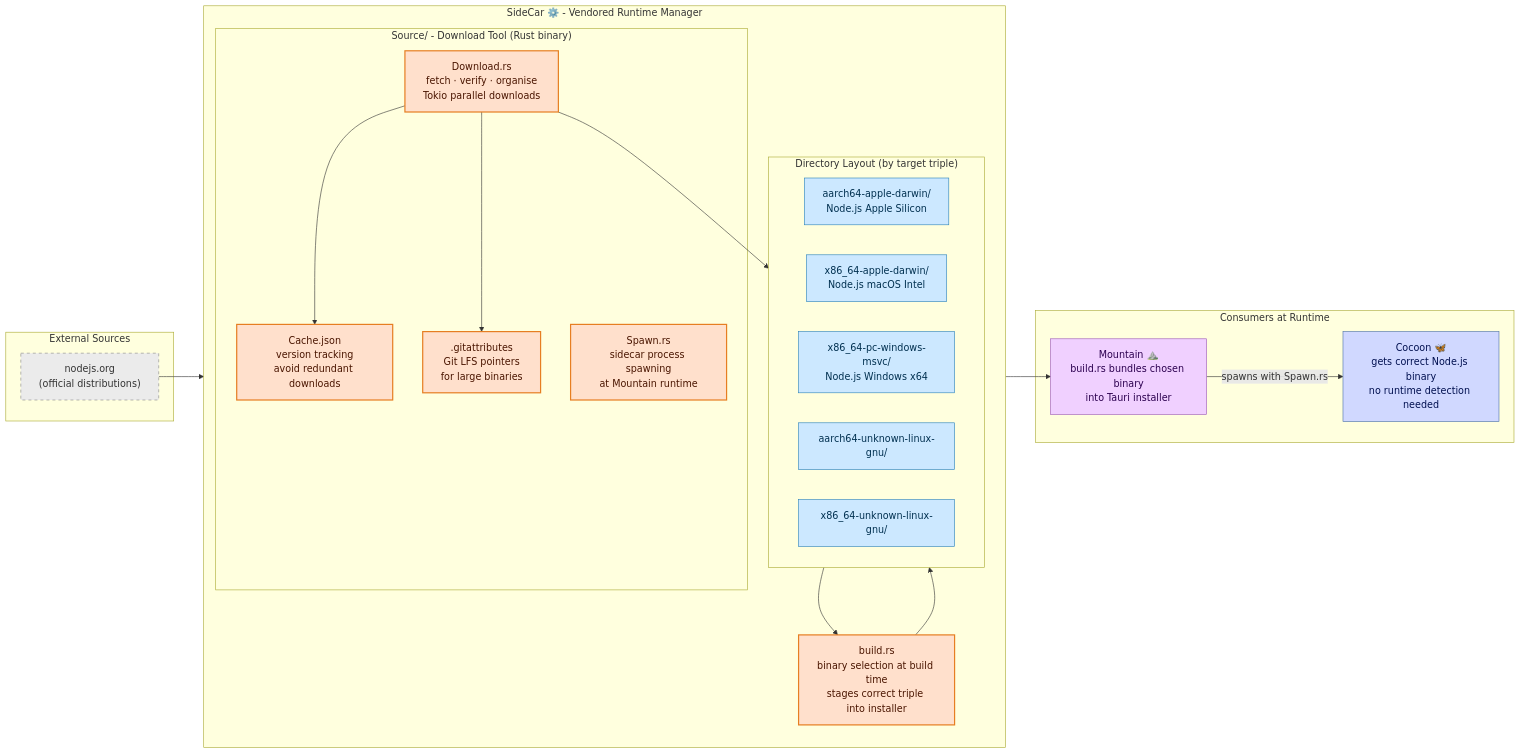
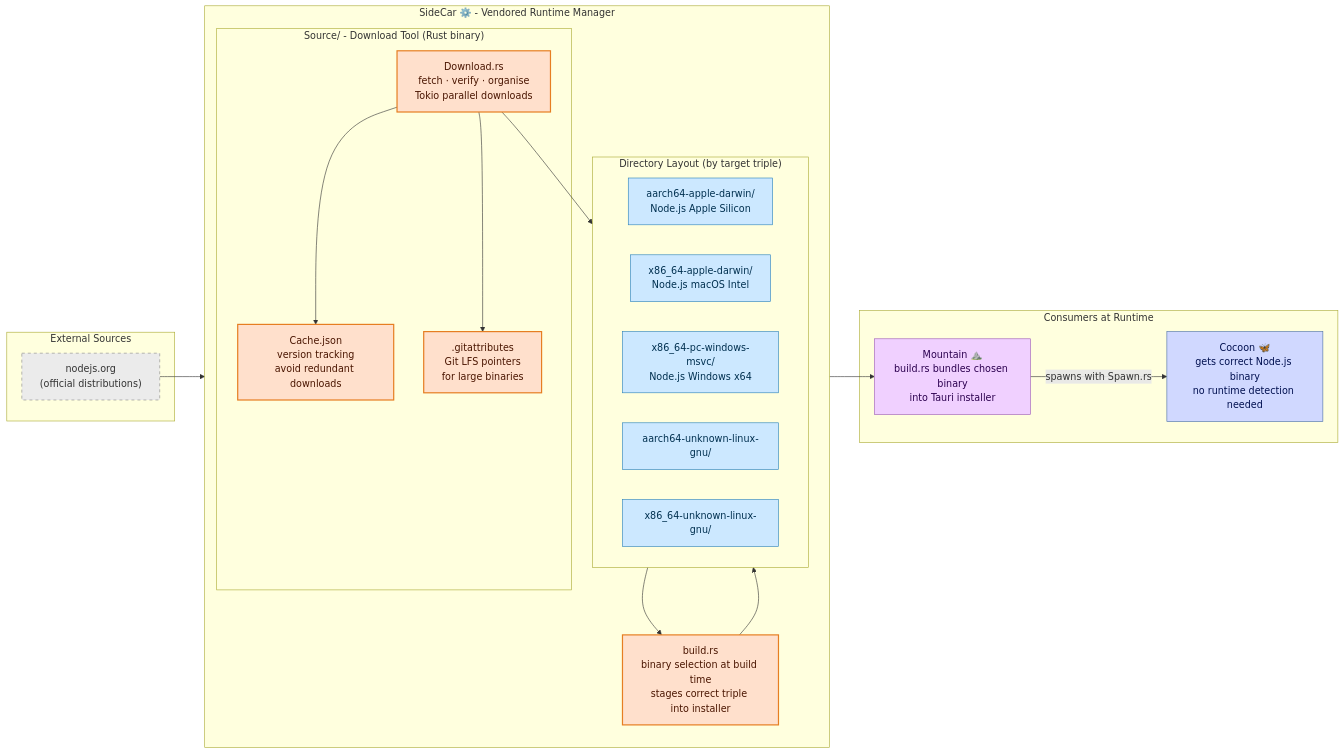
Before and after one commit to CodeEditorLand/SideCar: the diagram in README.md, drawn with Mermaid. The commit also changed other lines of this file and 5 other files, not shown here.

````diff
--- a/README.md
+++ b/README.md
@@ -165,45 +165,44 @@
 ```mermaid
 graph LR
     classDef sidecar  fill:#ffe0cc,stroke:#e67e22,stroke-width:2px,color:#4a1500;
     classDef external fill:#ebebeb,stroke:#888,stroke-width:1px,stroke-dasharray:5 5,color:#333;
     classDef storage  fill:#cce8ff,stroke:#2980b9,stroke-width:1px,color:#003050;
     classDef mountain fill:#f0d0ff,stroke:#9b59b6,stroke-width:1px,color:#2c0050;
     classDef cocoon   fill:#d0d8ff,stroke:#4a6fa5,stroke-width:1px,color:#001050;
 
     subgraph SOURCES["External Sources"]
         NodeJSOrg["nodejs.org\n(official distributions)"]:::external
     end
 
     subgraph SIDECAR["SideCar ⚙️ - Vendored Runtime Manager"]
         direction TB
         subgraph TOOL["Source/ - Download Tool (Rust binary)"]
             DownloadBin["Download.rs\nfetch · verify · organise\nTokio parallel downloads"]:::sidecar
-            SpawnBin["Spawn.rs\nsidecar process spawning\nat Mountain runtime"]:::sidecar
             CacheJSON["Cache.json\nversion tracking\navoid redundant downloads"]:::sidecar
             GitLFS[".gitattributes\nGit LFS pointers\nfor large binaries"]:::sidecar
             DownloadBin --> CacheJSON
             DownloadBin --> GitLFS
         end
         subgraph LAYOUT["Directory Layout (by target triple)"]
             Darwin_ARM["aarch64-apple-darwin/\nNode.js Apple Silicon"]:::storage
             Darwin_x86["x86_64-apple-darwin/\nNode.js macOS Intel"]:::storage
             Win_x86["x86_64-pc-windows-msvc/\nNode.js Windows x64"]:::storage
             Linux_ARM["aarch64-unknown-linux-gnu/"]:::storage
             Linux_x86["x86_64-unknown-linux-gnu/"]:::storage
         end
         BuildRS["build.rs\nbinary selection at build time\nstages correct triple into installer"]:::sidecar
 
         DownloadBin --> LAYOUT
         BuildRS --> LAYOUT
     end
 
     subgraph CONSUMERS["Consumers at Runtime"]
         Mountain["Mountain ⛰️\nbuild.rs bundles chosen binary\ninto Tauri installer"]:::mountain
         Cocoon["Cocoon 🦋\ngets correct Node.js binary\nno runtime detection needed"]:::cocoon
     end
 
     NodeJSOrg --> DownloadBin
     LAYOUT --> BuildRS
     BuildRS --> Mountain
     Mountain -- spawns with Spawn.rs --> Cocoon
 ```
````
